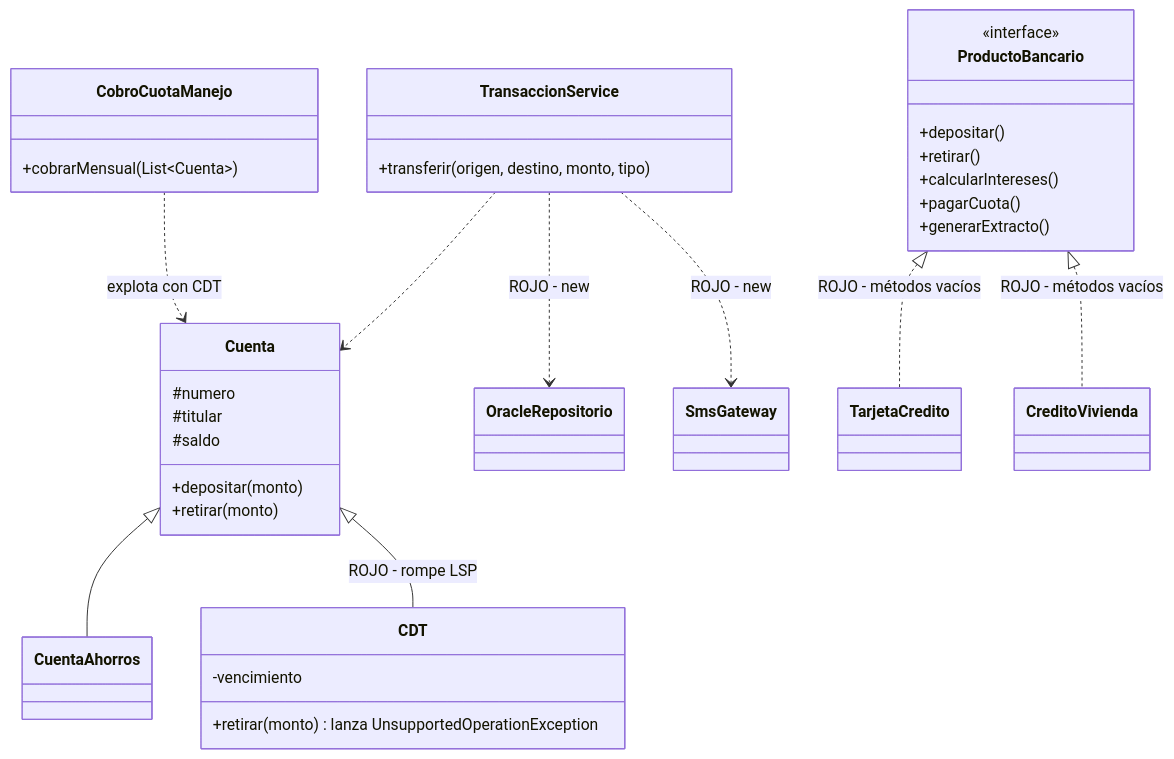
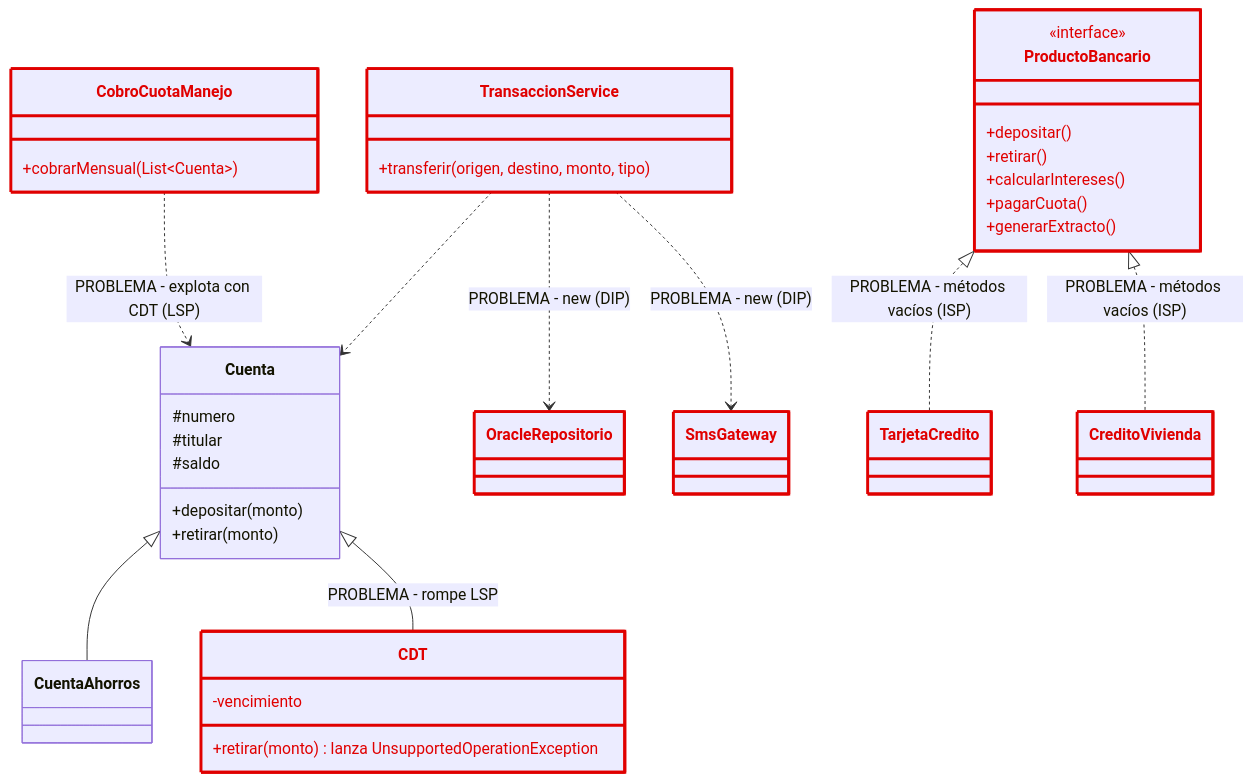
Before and after one commit to layomoreno/banco-andino-solid: the diagram in docs/uml_antes.md, drawn with Mermaid. The commit also changed other lines of this file and 16 other files, not shown here.

````diff
--- a/docs/uml_antes.md
+++ b/docs/uml_antes.md
@@ -5,42 +5,51 @@
 ```mermaid
 classDiagram
     class Cuenta {
         #numero
         #titular
         #saldo
         +depositar(monto)
         +retirar(monto)
     }
     class CuentaAhorros
     class CDT {
         -vencimiento
         +retirar(monto) lanza UnsupportedOperationException
     }
     class TransaccionService {
         +transferir(origen, destino, monto, tipo)
     }
     class OracleRepositorio
     class SmsGateway
     class CobroCuotaManejo {
         +cobrarMensual(List~Cuenta~)
     }
     class ProductoBancario {
         <<interface>>
         +depositar()
         +retirar()
         +calcularIntereses()
         +pagarCuota()
         +generarExtracto()
     }
     class TarjetaCredito
     class CreditoVivienda
 
     Cuenta <|-- CuentaAhorros
-    Cuenta <|-- CDT : ROJO - rompe LSP
-    ProductoBancario <|.. TarjetaCredito : ROJO - métodos vacíos
-    ProductoBancario <|.. CreditoVivienda : ROJO - métodos vacíos
-    TransaccionService ..> OracleRepositorio : ROJO - new
-    TransaccionService ..> SmsGateway : ROJO - new
+    Cuenta <|-- CDT : PROBLEMA - rompe LSP
+    ProductoBancario <|.. TarjetaCredito : PROBLEMA - métodos vacíos (ISP)
+    ProductoBancario <|.. CreditoVivienda : PROBLEMA - métodos vacíos (ISP)
+    TransaccionService ..> OracleRepositorio : PROBLEMA - new (DIP)
+    TransaccionService ..> SmsGateway : PROBLEMA - new (DIP)
     TransaccionService ..> Cuenta
-    CobroCuotaManejo ..> Cuenta : explota con CDT
+    CobroCuotaManejo ..> Cuenta : PROBLEMA - explota con CDT (LSP)
+
+    style CDT stroke:#e00000,stroke-width:3px,color:#e00000
+    style TransaccionService stroke:#e00000,stroke-width:3px,color:#e00000
+    style OracleRepositorio stroke:#e00000,stroke-width:3px,color:#e00000
+    style SmsGateway stroke:#e00000,stroke-width:3px,color:#e00000
+    style CobroCuotaManejo stroke:#e00000,stroke-width:3px,color:#e00000
+    style ProductoBancario stroke:#e00000,stroke-width:3px,color:#e00000
+    style TarjetaCredito stroke:#e00000,stroke-width:3px,color:#e00000
+    style CreditoVivienda stroke:#e00000,stroke-width:3px,color:#e00000
 ```
````
